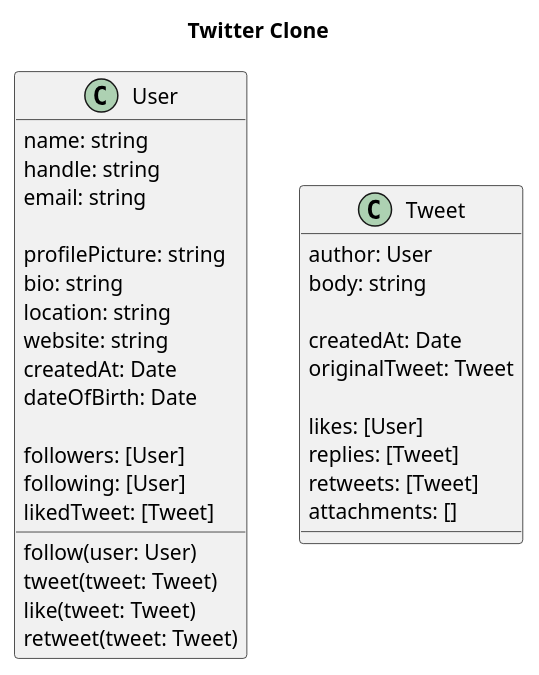
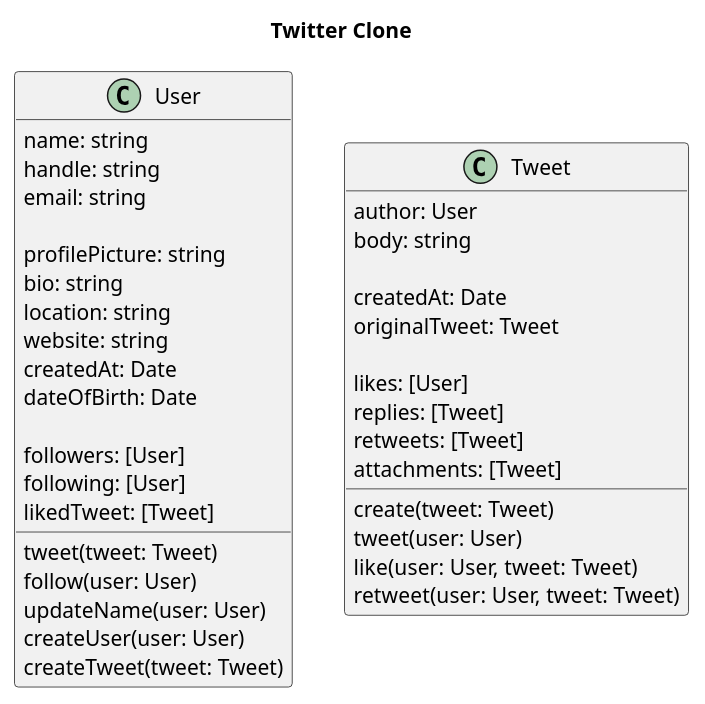
One commit to cihat/full-stack-twitter-clone changed the diagram in architecture/class-diagram.puml. Above: the diagram before and after it, drawn with PlantUML. The commit also changed 1 other file, not shown here.

Commit message:
Update class-diagram

```diff
--- a/architecture/class-diagram.puml
+++ b/architecture/class-diagram.puml
@@ -1,40 +1,46 @@
 @startuml "Class Diagram"
 
 Title: Twitter Clone
 
 class User {
   name: string
   handle: string
   email: string
 
   profilePicture: string
   bio: string
   location: string
   website: string
   createdAt: Date
   dateOfBirth: Date
 
   followers: [User]
   following: [User]
   likedTweet: [Tweet]
   
+  tweet(tweet: Tweet)
   follow(user: User)
-  tweet(tweet: Tweet)
-  like(tweet: Tweet)
-  retweet(tweet: Tweet)
+  updateName(user: User)
+  createUser(user: User)
+  createTweet(tweet: Tweet)
 }
 
 class Tweet {
   author: User
   body: string
   
   createdAt: Date
   originalTweet: Tweet
 
   likes: [User]
   replies: [Tweet]
   retweets: [Tweet]
-  attachments: []
+  attachments: [Tweet]
+
+  create(tweet: Tweet)
+  tweet(user: User)
+  like(user: User, tweet: Tweet)
+  retweet(user: User, tweet: Tweet)
 }
 
 @enduml
```
